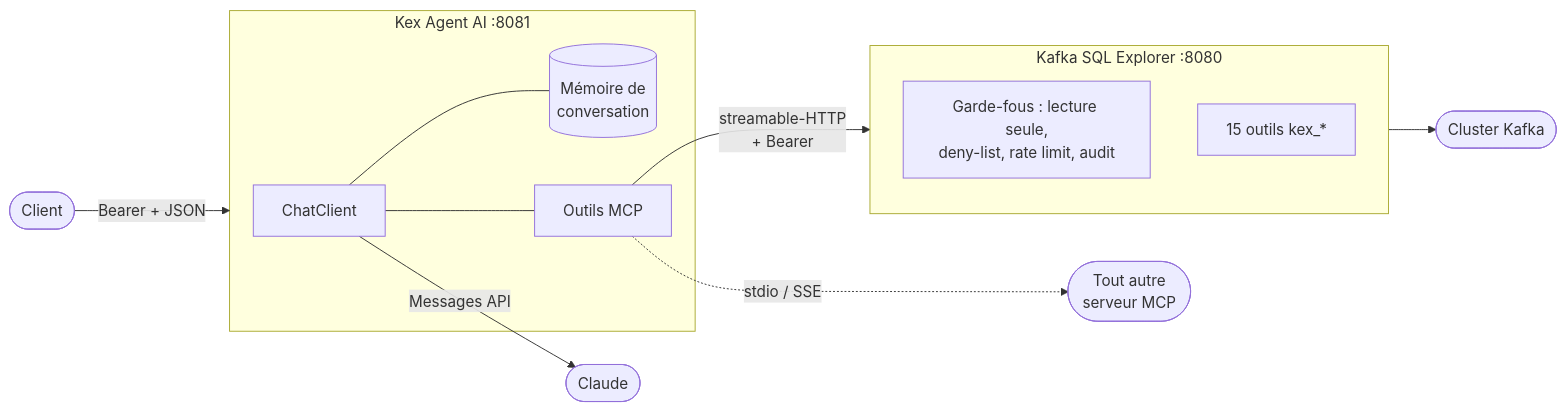
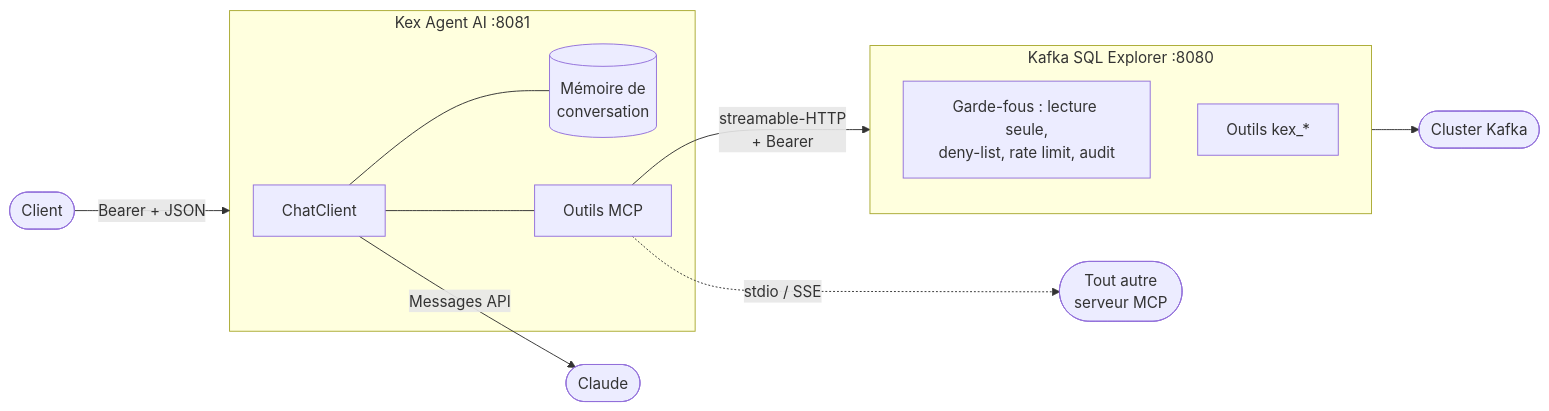
Before and after one commit to devdownin/Kex-agent-ai: the diagram in README.fr.md, drawn with Mermaid. The commit also changed other lines of this file and 2 other files, not shown here.

````diff
--- a/README.fr.md
+++ b/README.fr.md
@@ -160,16 +163,16 @@
 ```mermaid
 flowchart LR
     U([Client]) -->|Bearer + JSON| A
     subgraph A["Kex Agent AI :8081"]
         C[ChatClient] --- M[(Mémoire de<br/>conversation)]
         C --- T[Outils MCP]
     end
     C -->|Messages API| AN([Claude])
     T -->|streamable-HTTP<br/>+ Bearer| E
     T -.->|stdio / SSE| O([Tout autre<br/>serveur MCP])
     subgraph E["Kafka SQL Explorer :8080"]
         G[Garde-fous : lecture seule,<br/>deny-list, rate limit, audit]
-        K[15 outils kex_*]
+        K[Outils kex_*]
     end
     E --> KA([Cluster Kafka])
 ```
````
